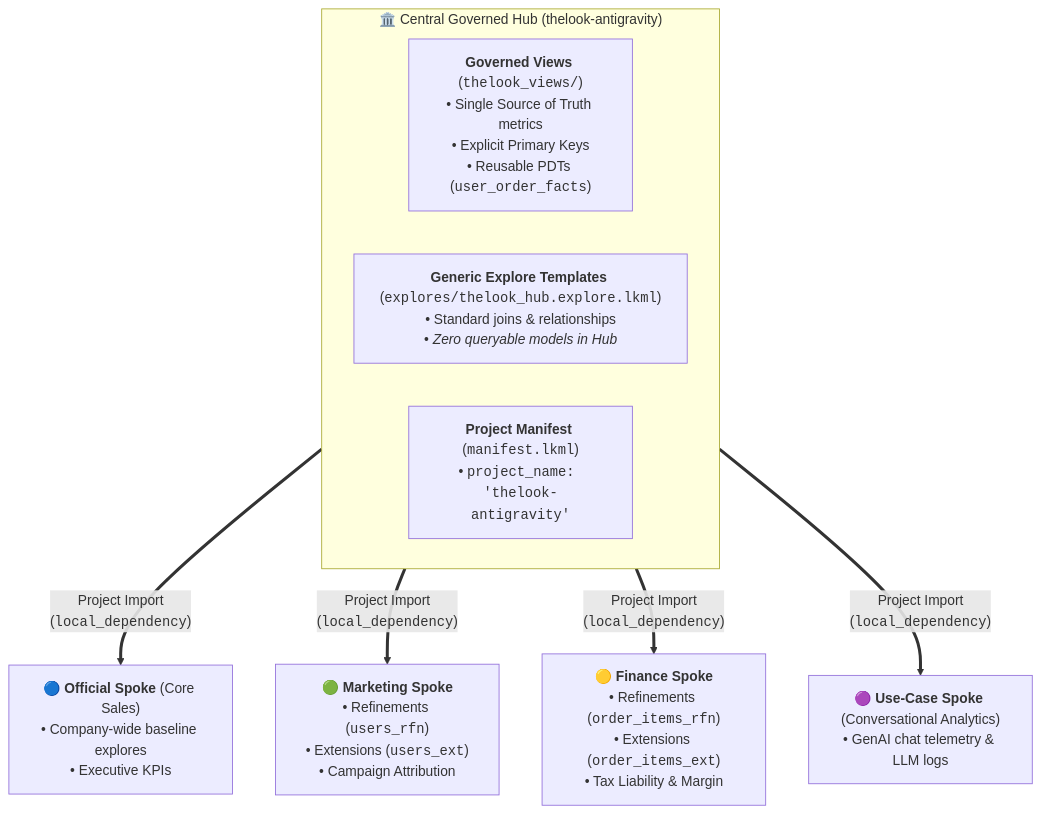
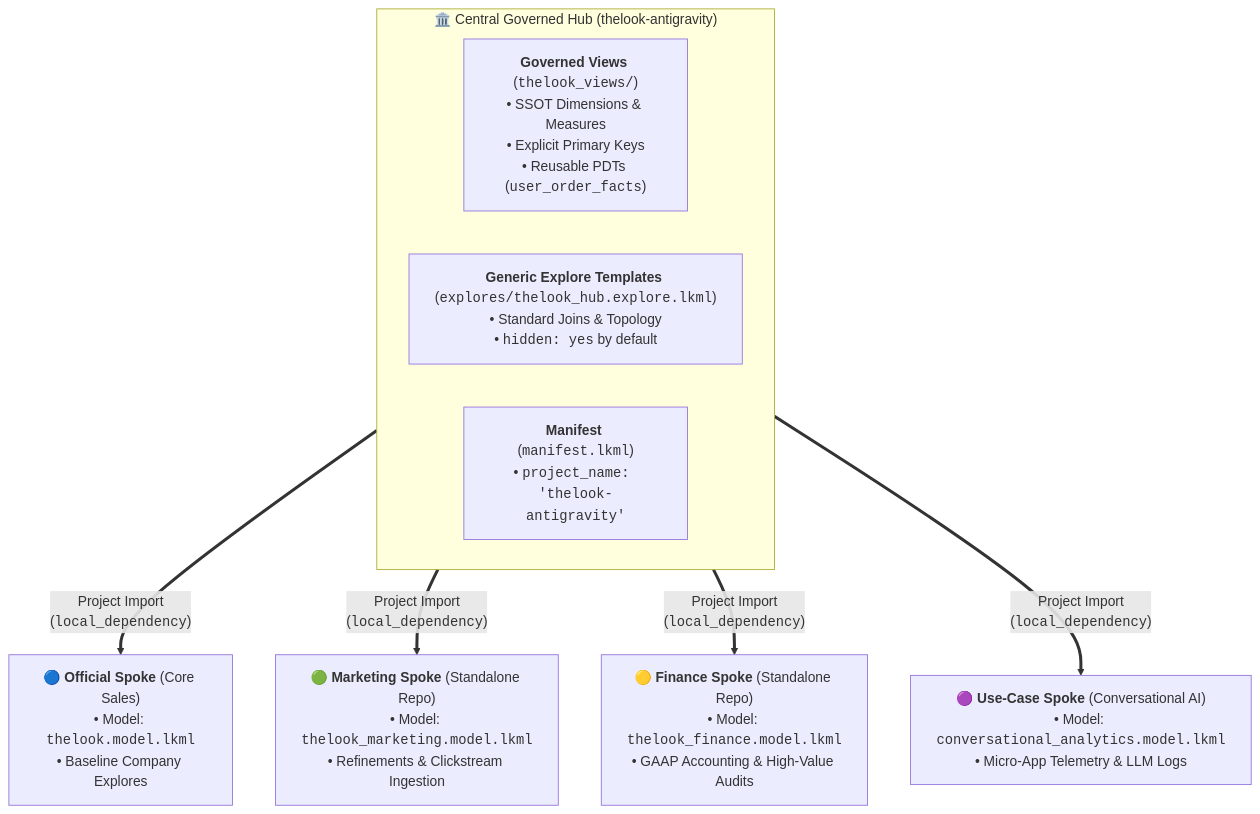
The first of 3 diagrams in PRESENTATION.md (sam-pitcher/thelook-antigravity), drawn with Mermaid before and after one commit. The commit also changed other lines of this file, not shown here.

````diff
--- a/PRESENTATION.md
+++ b/PRESENTATION.md
@@ -12,13 +62,13 @@
 ```mermaid
 graph TD
     subgraph CentralHub["🏛️ Central Governed Hub (thelook-antigravity)"]
-        HV["<b>Governed Views</b> (<code>thelook_views/</code>)<br/>• Single Source of Truth metrics<br/>• Explicit Primary Keys<br/>• Reusable PDTs (<code>user_order_facts</code>)"]
-        HE["<b>Generic Explore Templates</b> (<code>explores/thelook_hub.explore.lkml</code>)<br/>• Standard joins & relationships<br/>• <i>Zero queryable models in Hub</i>"]
-        HM["<b>Project Manifest</b> (<code>manifest.lkml</code>)<br/>• <code>project_name: 'thelook-antigravity'</code>"]
+        HV["<b>Governed Views</b> (<code>thelook_views/</code>)<br/>• SSOT Dimensions & Measures<br/>• Explicit Primary Keys<br/>• Reusable PDTs (<code>user_order_facts</code>)"]
+        HE["<b>Generic Explore Templates</b> (<code>explores/thelook_hub.explore.lkml</code>)<br/>• Standard Joins & Topology<br/>• <code>hidden: yes</code> by default"]
+        HM["<b>Manifest</b> (<code>manifest.lkml</code>)<br/>• <code>project_name: 'thelook-antigravity'</code>"]
     end
 
-    CentralHub ==>|"Project Import<br/>(<code>local_dependency</code>)"| SpokeOfficial["🔵 <b>Official Spoke</b> (Core Sales)<br/>• Company-wide baseline explores<br/>• Executive KPIs"]
-    CentralHub ==>|"Project Import<br/>(<code>local_dependency</code>)"| SpokeMktg["🟢 <b>Marketing Spoke</b><br/>• Refinements (<code>users_rfn</code>)<br/>• Extensions (<code>users_ext</code>)<br/>• Campaign Attribution"]
-    CentralHub ==>|"Project Import<br/>(<code>local_dependency</code>)"| SpokeFin["🟡 <b>Finance Spoke</b><br/>• Refinements (<code>order_items_rfn</code>)<br/>• Extensions (<code>order_items_ext</code>)<br/>• Tax Liability & Margin"]
-    CentralHub ==>|"Project Import<br/>(<code>local_dependency</code>)"| SpokeUseCase["🟣 <b>Use-Case Spoke</b> (Conversational Analytics)<br/>• GenAI chat telemetry & LLM logs"]
+    CentralHub ==>|"Project Import<br/>(<code>local_dependency</code>)"| SpokeOfficial["🔵 <b>Official Spoke</b> (Core Sales)<br/>• Model: <code>thelook.model.lkml</code><br/>• Baseline Company Explores"]
+    CentralHub ==>|"Project Import<br/>(<code>local_dependency</code>)"| SpokeMktg["🟢 <b>Marketing Spoke</b> (Standalone Repo)<br/>• Model: <code>thelook_marketing.model.lkml</code><br/>• Refinements & Clickstream Ingestion"]
+    CentralHub ==>|"Project Import<br/>(<code>local_dependency</code>)"| SpokeFin["🟡 <b>Finance Spoke</b> (Standalone Repo)<br/>• Model: <code>thelook_finance.model.lkml</code><br/>• GAAP Accounting & High-Value Audits"]
+    CentralHub ==>|"Project Import<br/>(<code>local_dependency</code>)"| SpokeUseCase["🟣 <b>Use-Case Spoke</b> (Conversational AI)<br/>• Model: <code>conversational_analytics.model.lkml</code><br/>• Micro-App Telemetry & LLM Logs"]
 ```
````
